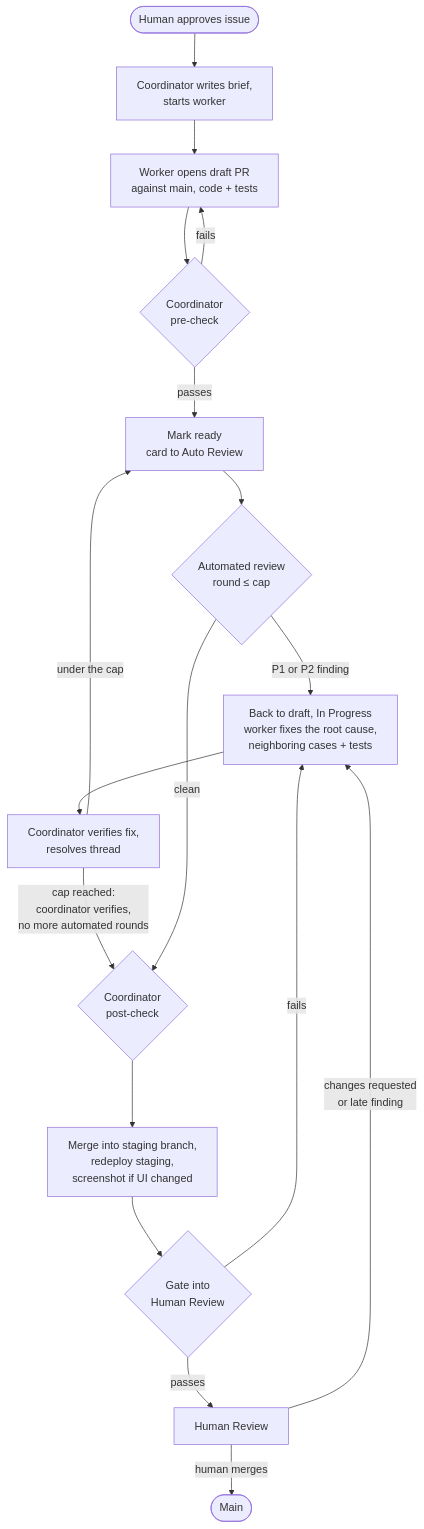
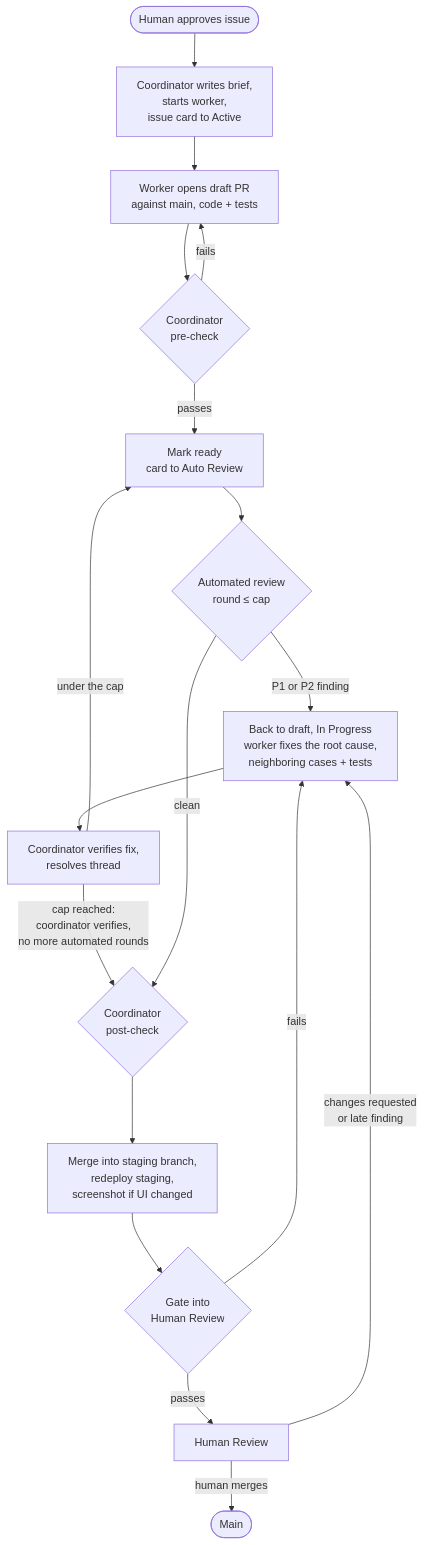
The diagram in diagrams-src/loop.mmd (tangentcode/methodology), drawn with Mermaid before and after one commit. The commit also changed 9 other files, not shown here.

```diff
--- a/diagrams-src/loop.mmd
+++ b/diagrams-src/loop.mmd
@@ -1,18 +1,18 @@
 flowchart TD
-    A([Human approves issue]) --> B[Coordinator writes brief,<br/>starts worker]
+    A([Human approves issue]) --> B[Coordinator writes brief,<br/>starts worker,<br/>issue card to Active]
     B --> C[Worker opens draft PR<br/>against main, code + tests]
     C --> D{Coordinator<br/>pre-check}
     D -->|fails| C
     D -->|passes| E[Mark ready<br/>card to Auto Review]
     E --> F{Automated review<br/>round ≤ cap}
     F -->|P1 or P2 finding| G[Back to draft, In Progress<br/>worker fixes the root cause,<br/>neighboring cases + tests]
     G --> H[Coordinator verifies fix,<br/>resolves thread]
     H -->|under the cap| E
     H -->|cap reached:<br/>coordinator verifies,<br/>no more automated rounds| I
     F -->|clean| I{Coordinator<br/>post-check}
     I --> J[Merge into staging branch,<br/>redeploy staging,<br/>screenshot if UI changed]
     J --> K{Gate into<br/>Human Review}
     K -->|passes| L[Human Review]
     K -->|fails| G
     L -->|changes requested<br/>or late finding| G
     L -->|human merges| M([Main])
```
